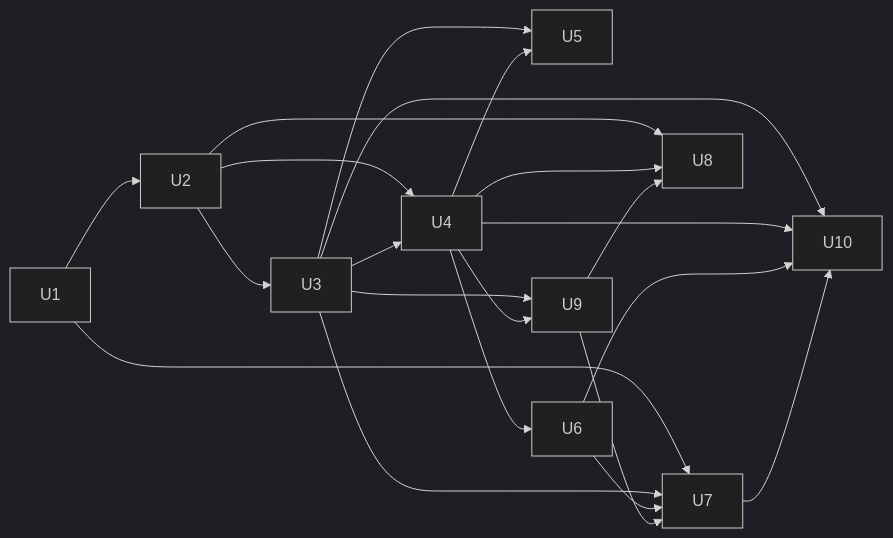
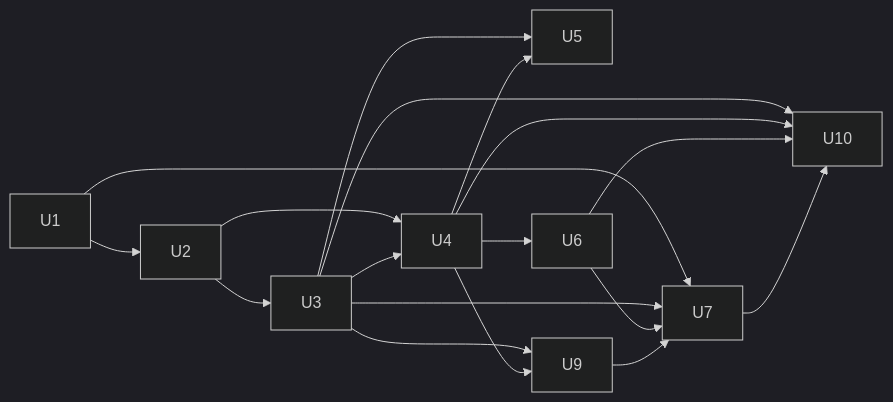
Before and after one commit to Latias94/egui_docking: the fourth of 4 diagrams in docs/plans/2026-08-08-001-refactor-dockspace-product-boundary-plan.md, drawn with Mermaid (dark theme). The commit also changed other lines of this file, not shown here.

````diff
--- a/docs/plans/2026-08-08-001-refactor-dockspace-product-boundary-plan.md
+++ b/docs/plans/2026-08-08-001-refactor-dockspace-product-boundary-plan.md
@@ -425,23 +402,20 @@
 ```mermaid
 flowchart LR
     U1 --> U2
     U2 --> U3
     U2 --> U4
     U3 --> U4
     U3 --> U5
     U4 --> U5
     U4 --> U6
     U3 --> U9
     U4 --> U9
     U1 --> U7
     U3 --> U7
     U6 --> U7
     U9 --> U7
-    U2 --> U8
-    U4 --> U8
-    U9 --> U8
     U3 --> U10
     U4 --> U10
     U6 --> U10
     U7 --> U10
 ```
````
